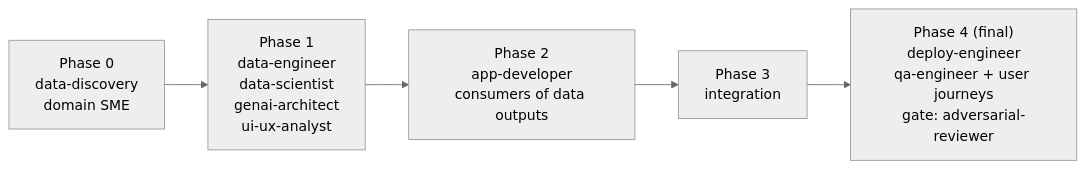
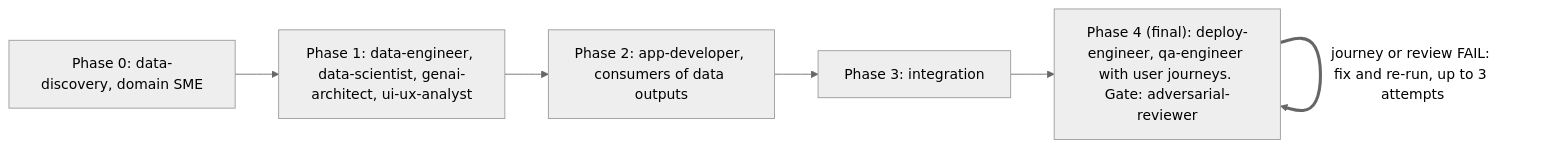
Before and after one commit to jesusr-db/agent_team: the second of 2 diagrams in README.md, drawn with Mermaid (neutral theme). The commit also changed other lines of this file, not shown here.

First line of the commit message:
docs: show iteration loops in README diagrams

````diff
--- a/README.md
+++ b/README.md
@@ -52,7 +53,8 @@
 ```mermaid
 flowchart LR
-    P0["Phase 0<br/>data-discovery<br/>domain SME"] --> P1["Phase 1<br/>data-engineer<br/>data-scientist<br/>genai-architect<br/>ui-ux-analyst"]
-    P1 --> P2["Phase 2<br/>app-developer<br/>consumers of data outputs"]
-    P2 --> P3[Phase 3<br/>integration]
-    P3 --> P4["Phase 4 (final)<br/>deploy-engineer<br/>qa-engineer + user journeys<br/>gate: adversarial-reviewer"]
+    P0["Phase 0: data-discovery, domain SME"] --> P1["Phase 1: data-engineer, data-scientist, genai-architect, ui-ux-analyst"]
+    P1 --> P2["Phase 2: app-developer, consumers of data outputs"]
+    P2 --> P3["Phase 3: integration"]
+    P3 --> P4["Phase 4 (final): deploy-engineer, qa-engineer with user journeys. Gate: adversarial-reviewer"]
+    P4 ==>|"journey or review FAIL: fix and re-run, up to 3 attempts"| P4
 ```
````
